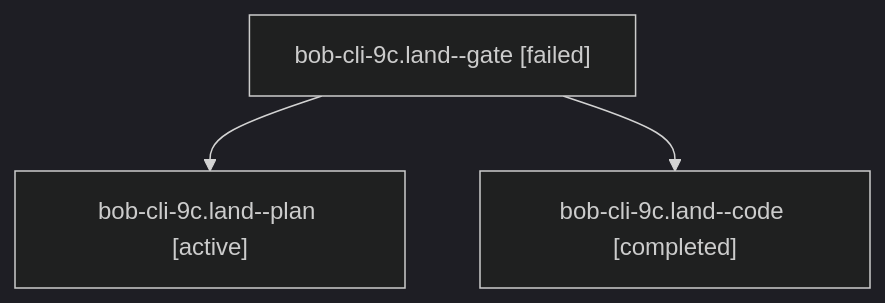
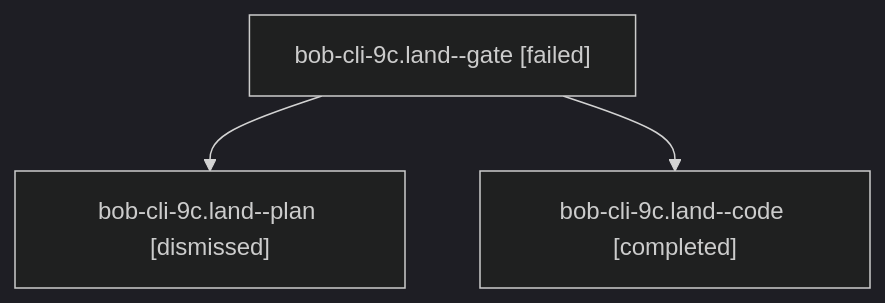
One commit to bobs-org/bob-cli--agents changed the diagram in sessions/bbugyi200.athena.bob-cli-9c.land.md. Above: the diagram before and after it, drawn with Mermaid (dark theme). The commit also changed other lines of this file and 60 other files, not shown here.

````diff
--- a/sessions/bbugyi200.athena.bob-cli-9c.land.md
+++ b/sessions/bbugyi200.athena.bob-cli-9c.land.md
@@ -9,8 +9,8 @@
 ```mermaid
 flowchart TD
   n0["bob-cli-9c.land--gate [failed]"]
-  n1["bob-cli-9c.land--plan [active]"]
+  n1["bob-cli-9c.land--plan [dismissed]"]
   n0 --> n1
   n2["bob-cli-9c.land--code [completed]"]
   n0 --> n2
 ```
````
